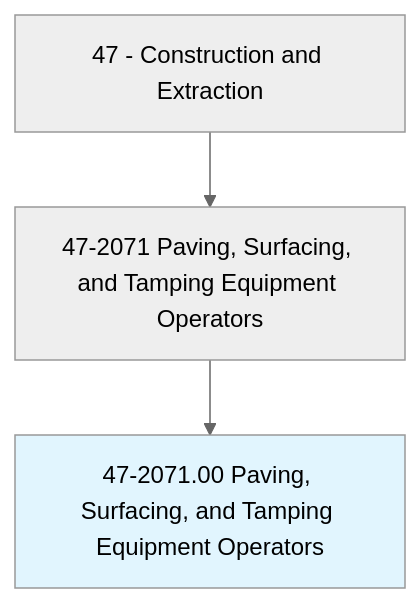
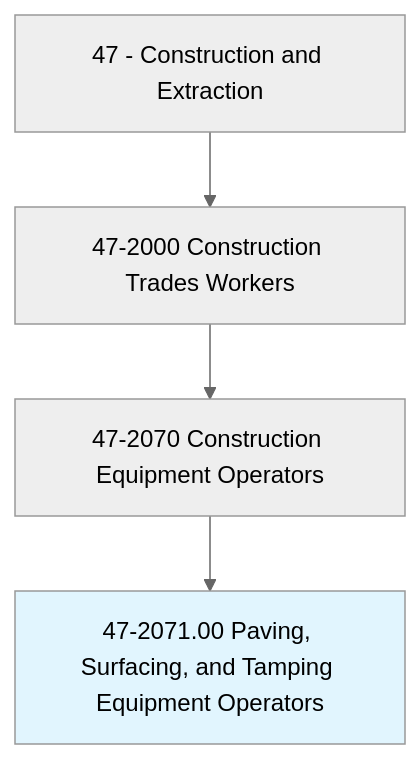
Before and after one commit to kziemski/business.org.ai: the first of 4 diagrams in occupations/Construction/PavingSurfacingAndTampingEquipmentOperators.mdx, drawn with Mermaid (neutral theme). The commit also changed other lines of this file and 938 other files, not shown here.

````diff
--- a/occupations/Construction/PavingSurfacingAndTampingEquipmentOperators.mdx
+++ b/occupations/Construction/PavingSurfacingAndTampingEquipmentOperators.mdx
@@ -19,6 +23,7 @@
 ```mermaid
 graph TD
-    Cat47["47 - Construction and Extraction"] --> Group472071["47-2071 Paving, Surfacing, and Tamping Equipment Operators"]
-    Group472071 --> Current["47-2071.00 Paving, Surfacing, and Tamping Equipment Operators"]
+    Cat47["47 - Construction and Extraction"] --> Group472["47-2000 Construction Trades Workers"]
+    Group472 --> Group4720["47-2070 Construction Equipment Operators"]
+    Group4720 --> Current["47-2071.00 Paving, Surfacing, and Tamping Equipment Operators"]
     style Current fill:#e1f5fe
 ```
````
